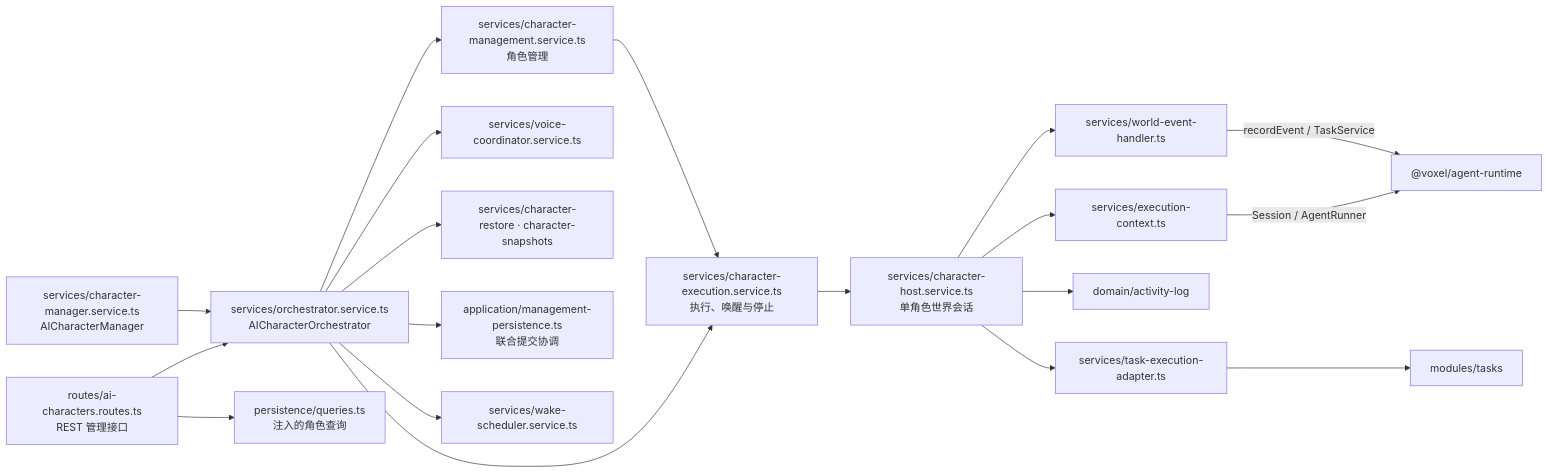
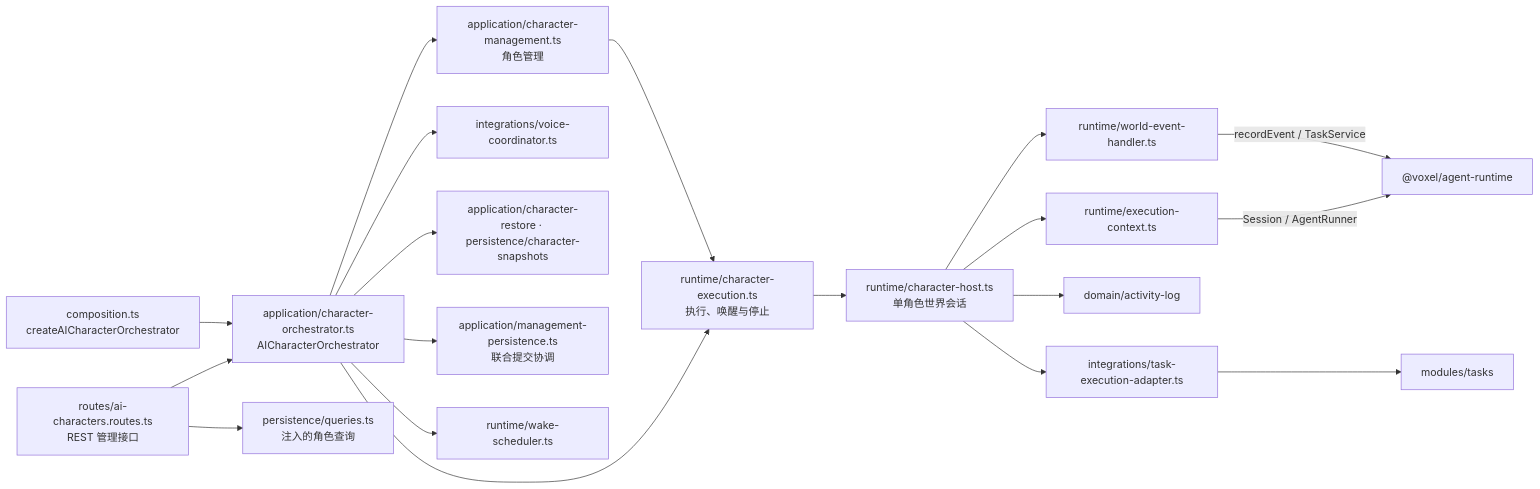
Before and after one commit to lulabs-org/embocraft: the sixth of 14 diagrams in docs/guide/architecture-diagrams.md, drawn with Mermaid. The commit also changed other lines of this file and 93 other files, not shown here.

````diff
--- a/docs/guide/architecture-diagrams.md
+++ b/docs/guide/architecture-diagrams.md
@@ -164,21 +164,21 @@
 ```mermaid
 graph LR
-    Routes["routes/ai-characters.routes.ts<br/>REST 管理接口"] --> Orch["services/orchestrator.service.ts<br/>AICharacterOrchestrator"]
-    Manager["services/character-manager.service.ts<br/>AICharacterManager"] --> Orch
-    Orch --> Manage["services/character-management.service.ts<br/>角色管理"]
-    Orch --> Exec["services/character-execution.service.ts<br/>执行、唤醒与停止"]
+    Routes["routes/ai-characters.routes.ts<br/>REST 管理接口"] --> Orch["application/character-orchestrator.ts<br/>AICharacterOrchestrator"]
+    Composition["composition.ts<br/>createAICharacterOrchestrator"] --> Orch
+    Orch --> Manage["application/character-management.ts<br/>角色管理"]
+    Orch --> Exec["runtime/character-execution.ts<br/>执行、唤醒与停止"]
     Manage --> Exec
-    Exec --> Host["services/character-host.service.ts<br/>单角色世界会话"]
-    Orch --> Voice["services/voice-coordinator.service.ts"]
-    Orch --> Restore["services/character-restore · character-snapshots"]
+    Exec --> Host["runtime/character-host.ts<br/>单角色世界会话"]
+    Orch --> Voice["integrations/voice-coordinator.ts"]
+    Orch --> Restore["application/character-restore · persistence/character-snapshots"]
     Orch --> Joint["application/management-persistence.ts<br/>联合提交协调"]
     Routes --> Queries["persistence/queries.ts<br/>注入的角色查询"]
-    Host --> Ctx["services/execution-context.ts"]
-    Orch --> Wake["services/wake-scheduler.service.ts"]
-    Host --> WEH["services/world-event-handler.ts"]
+    Host --> Ctx["runtime/execution-context.ts"]
+    Orch --> Wake["runtime/wake-scheduler.ts"]
+    Host --> WEH["runtime/world-event-handler.ts"]
     Host --> Log["domain/activity-log"]
-    Host --> TA["services/task-execution-adapter.ts"]
+    Host --> TA["integrations/task-execution-adapter.ts"]
     Ctx -->|Session / AgentRunner| RTPkg["@voxel/agent-runtime"]
     WEH -->|recordEvent / TaskService| RTPkg
     TA --> TaskMod["modules/tasks"]
 ```
````
